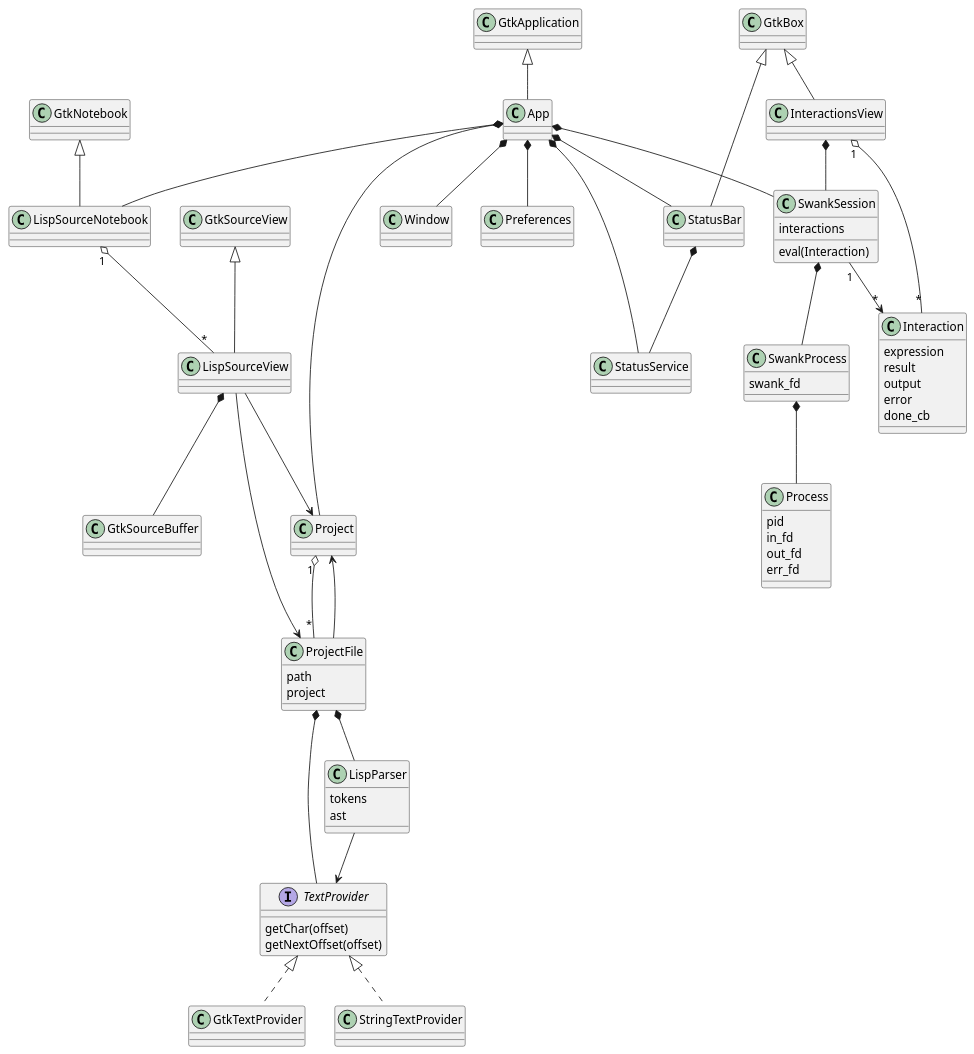
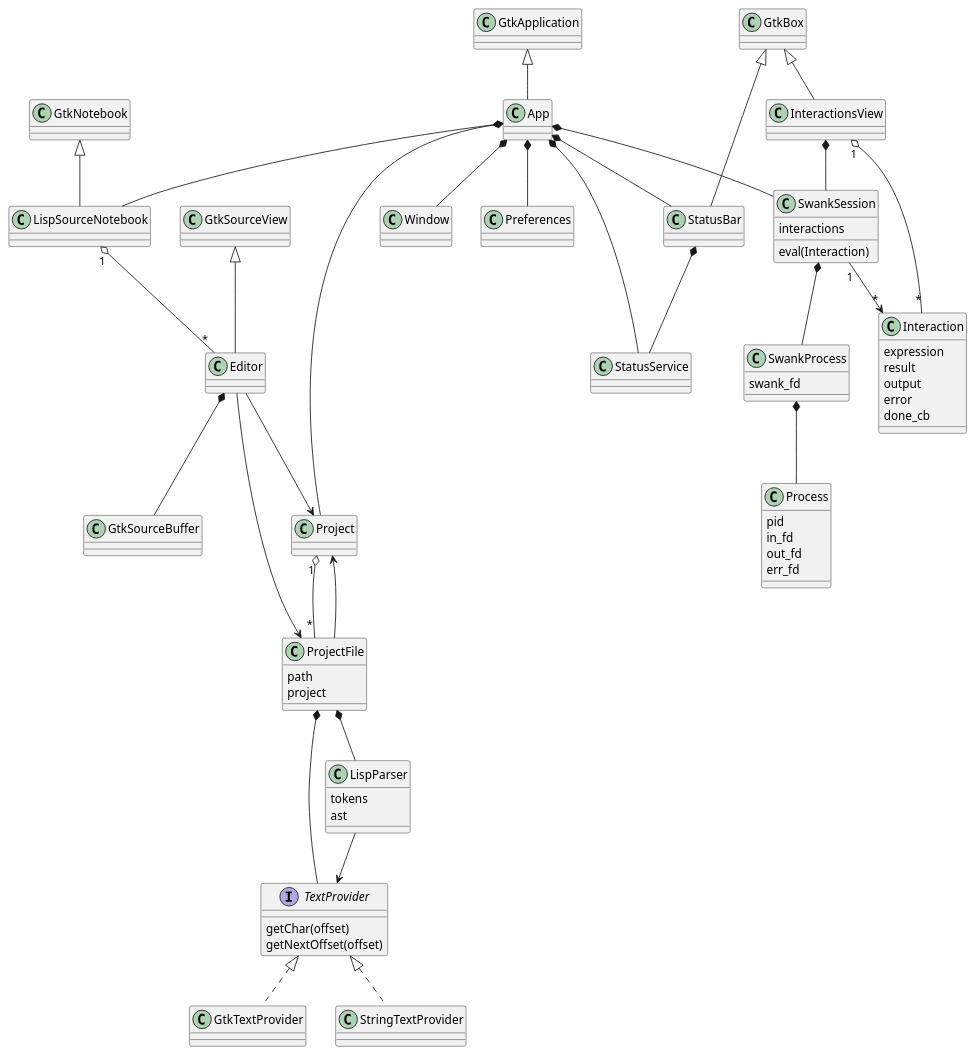
Before and after one commit to JeromeA/glide: the diagram in doc/classes.plantuml, drawn with PlantUML. The commit also changed 16 other files, not shown here.

Commit message:
Rename LispSourceView to Editor

```diff
--- a/doc/classes.plantuml
+++ b/doc/classes.plantuml
@@ -1,58 +1,58 @@
 @startuml
 
 GtkApplication <|-- App
 App *-- Project
 App *-- SwankSession
 App *-- Window
 App *-- LispSourceNotebook
 App *-- Preferences
 App *-- StatusBar
 App *-- StatusService
 StatusBar *-- StatusService
 
-GtkSourceView <|-- LispSourceView
-LispSourceView *-- GtkSourceBuffer
-LispSourceView --> Project
-LispSourceView --> ProjectFile
+GtkSourceView <|-- Editor
+Editor *-- GtkSourceBuffer
+Editor --> Project
+Editor --> ProjectFile
 GtkNotebook <|-- LispSourceNotebook
-LispSourceNotebook "1" o-- "*" LispSourceView
+LispSourceNotebook "1" o-- "*" Editor
 
 Project "1" o-- "*" ProjectFile
 
 ProjectFile *-- LispParser
 ProjectFile *-- TextProvider
 ProjectFile : path
 ProjectFile : project
 ProjectFile --> Project
 
 GtkBox <|-- InteractionsView
 GtkBox <|-- StatusBar
 InteractionsView "1" o-- "*" Interaction
 InteractionsView *-- SwankSession
 Interaction : expression
 Interaction : result
 Interaction : output
 Interaction : error
 Interaction : done_cb
 SwankSession : eval(Interaction)
 SwankSession : interactions
 SwankSession "1" --> "*" Interaction
 SwankSession *-- SwankProcess
 SwankProcess *-- Process
 SwankProcess : swank_fd
 
 Process : pid
 Process : in_fd
 Process : out_fd
 Process : err_fd
 
 LispParser : tokens
 LispParser : ast
 LispParser --> TextProvider
 interface TextProvider
 TextProvider <|.. GtkTextProvider
 TextProvider <|.. StringTextProvider
 TextProvider : getChar(offset)
 TextProvider : getNextOffset(offset)
 
 @enduml
```
